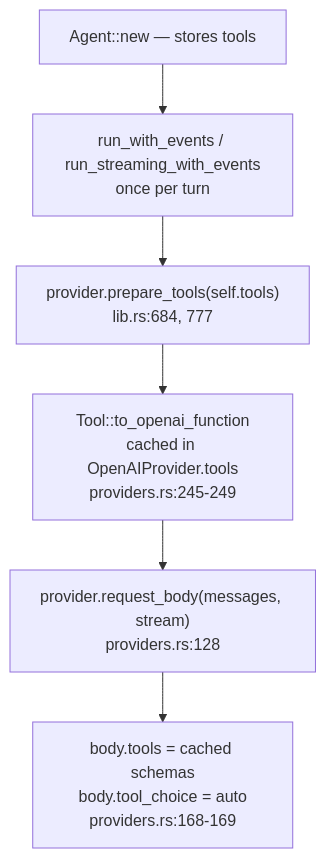
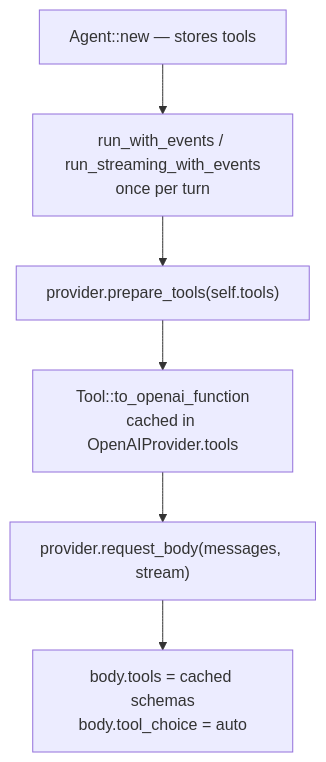
One commit to ming2k/neenee changed the first of 2 diagrams in docs/explanation/tool-protocol.md. Above: the diagram before and after it, drawn with Mermaid. The commit also changed other lines of this file and 12 other files, not shown here.

````diff
--- a/docs/explanation/tool-protocol.md
+++ b/docs/explanation/tool-protocol.md
@@ -14,8 +14,8 @@
 ```mermaid
 flowchart TD
     A["Agent::new — stores tools"] --> B["run_with_events / run_streaming_with_events<br/>once per turn"]
-    B --> C["provider.prepare_tools(self.tools)<br/>lib.rs:684, 777"]
-    C --> D["Tool::to_openai_function<br/>cached in OpenAIProvider.tools<br/>providers.rs:245-249"]
-    D --> E["provider.request_body(messages, stream)<br/>providers.rs:128"]
-    E --> F["body.tools = cached schemas<br/>body.tool_choice = auto<br/>providers.rs:168-169"]
+    B --> C["provider.prepare_tools(self.tools)"]
+    C --> D["Tool::to_openai_function<br/>cached in OpenAIProvider.tools"]
+    D --> E["provider.request_body(messages, stream)"]
+    E --> F["body.tools = cached schemas<br/>body.tool_choice = auto"]
 ```
````
